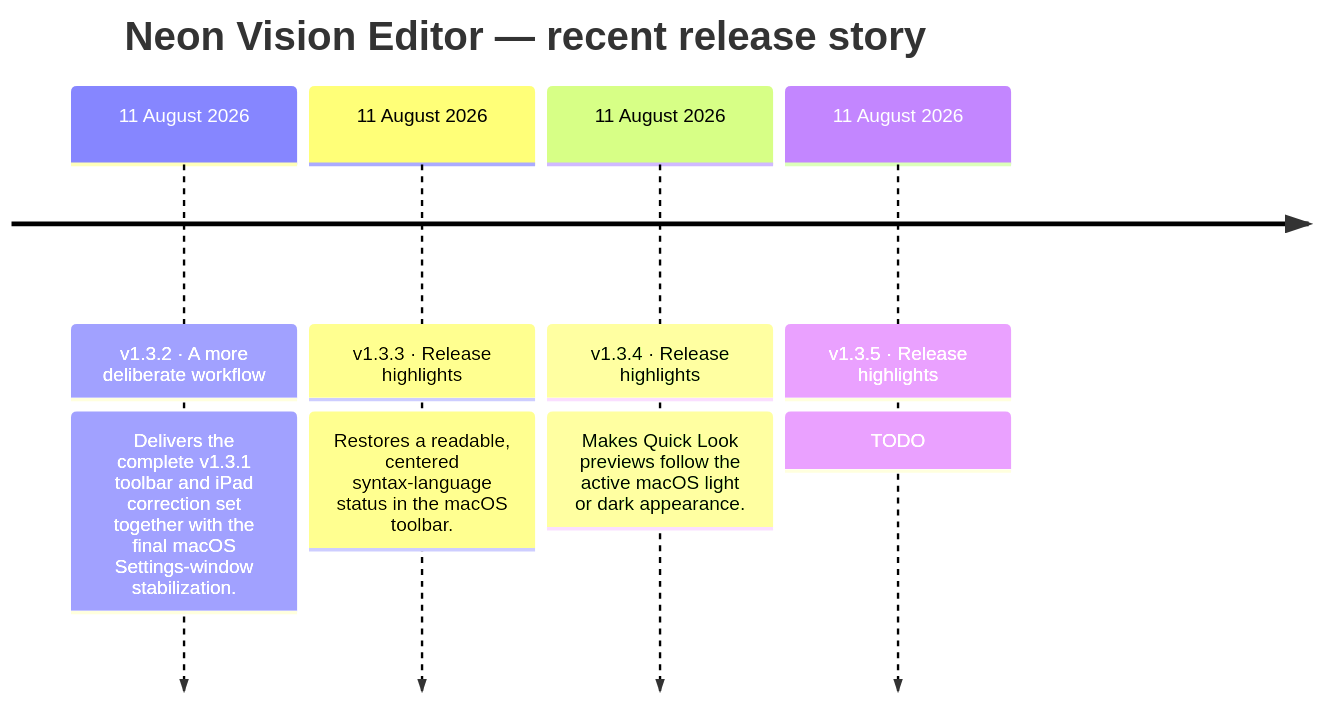
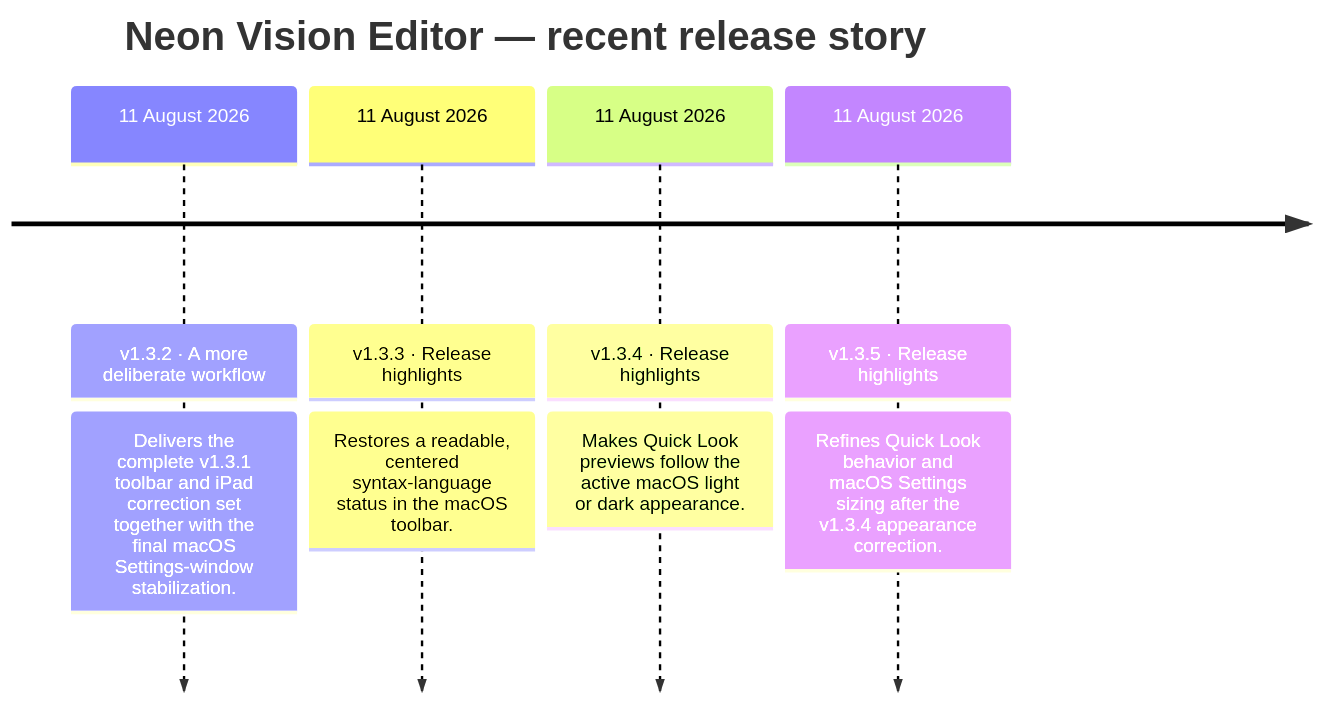
One commit to h3pdesign/Neon-Vision-Editor changed the second of 2 diagrams in README.md. Above: the diagram before and after it, drawn with Mermaid. The commit also changed other lines of this file and 2 other files, not shown here.

````diff
--- a/README.md
+++ b/README.md
@@ -769,12 +770,12 @@
 ```mermaid
 timeline
     title Neon Vision Editor — recent release story
     11 August 2026 : v1.3.2 · A more deliberate workflow
                 : Delivers the complete v1.3.1 toolbar and iPad correction set together with the final macOS Settings-window stabilization.
     11 August 2026 : v1.3.3 · Release highlights
                 : Restores a readable, centered syntax-language status in the macOS toolbar.
     11 August 2026 : v1.3.4 · Release highlights
                 : Makes Quick Look previews follow the active macOS light or dark appearance.
     11 August 2026 : v1.3.5 · Release highlights
-                : TODO
+                : Refines Quick Look behavior and macOS Settings sizing after the v1.3.4 appearance correction.
 ```
````
